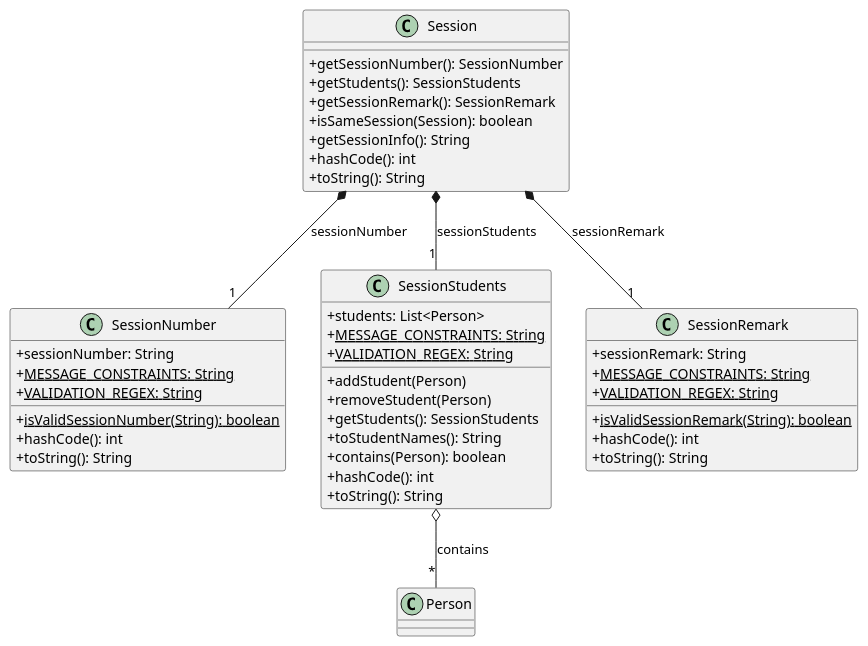
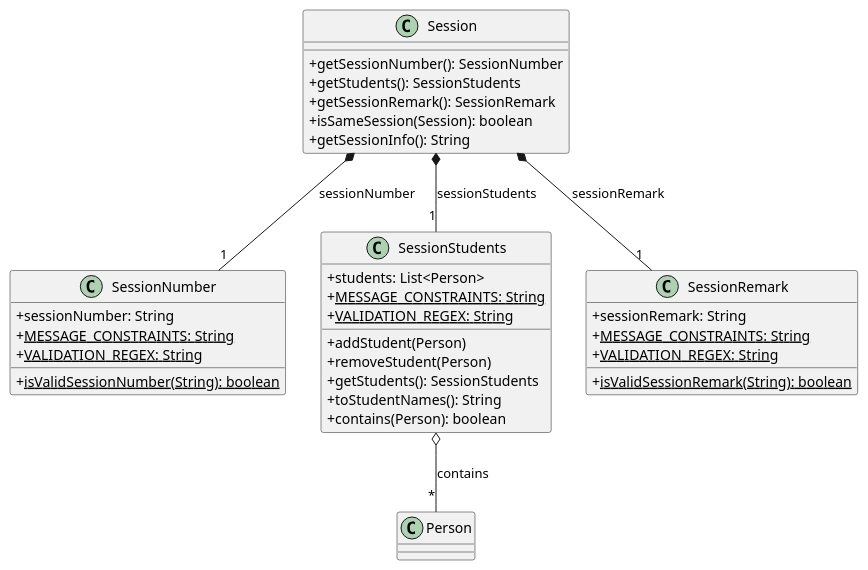
One commit to raydenlim/tp changed the diagram in docs/diagrams/SessionClassUML.puml. Above: the diagram before and after it, drawn with PlantUML. The commit also changed 1 other file, not shown here.

```diff
--- a/docs/diagrams/SessionClassUML.puml
+++ b/docs/diagrams/SessionClassUML.puml
@@ -1,53 +1,45 @@
 @startuml Session
 skinparam classAttributeIconSize 0
 
 class Session {
   + getSessionNumber(): SessionNumber
   + getStudents(): SessionStudents
   + getSessionRemark(): SessionRemark
   + isSameSession(Session): boolean
   + getSessionInfo(): String
-  + hashCode(): int
-  + toString(): String
 }
 
 class SessionNumber {
   + sessionNumber: String
   + <u>MESSAGE_CONSTRAINTS: String
   + <u>VALIDATION_REGEX: String
   + <u>isValidSessionNumber(String): boolean
-  + hashCode(): int
-  + toString(): String
 }
 
 class SessionStudents {
   + students: List<Person>
   + <u>MESSAGE_CONSTRAINTS: String
   + <u>VALIDATION_REGEX: String
   + addStudent(Person)
   + removeStudent(Person)
   + getStudents(): SessionStudents
   + toStudentNames(): String
   + contains(Person): boolean
-  + hashCode(): int
-  + toString(): String
 }
 
 class SessionRemark {
   + sessionRemark: String
   + <u>MESSAGE_CONSTRAINTS: String
   + <u>VALIDATION_REGEX: String
   + <u>isValidSessionRemark(String): boolean
-  + hashCode(): int
-  + toString(): String
 }
 
 class Person {
 }
 
 Session *-- "1" SessionNumber: sessionNumber
 Session *-- "1" SessionStudents: sessionStudents
 Session *-- "1" SessionRemark: sessionRemark
 SessionStudents o-- "*" Person: contains
 
 @enduml
```
